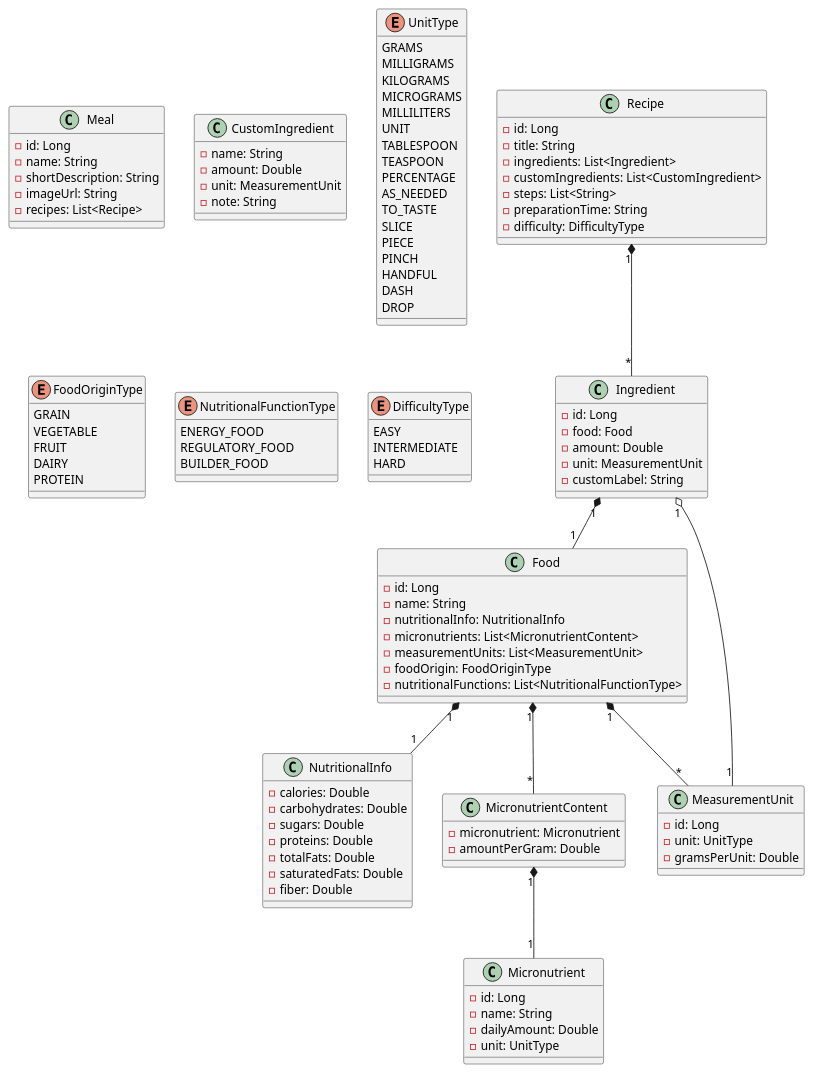
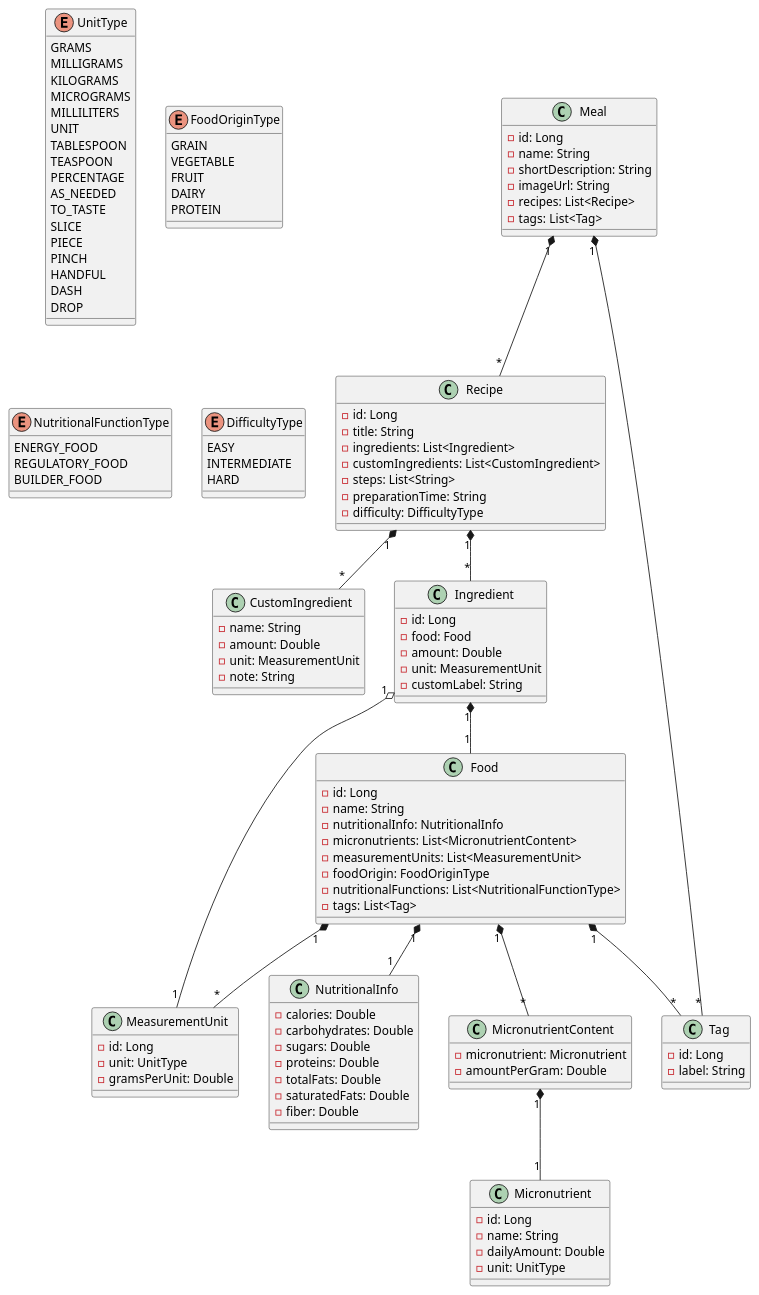
The diagram in src/main/resources/diagram.puml (RodriLang/calorie-calculator), drawn with PlantUML before and after one commit.

Commit message:
Update diagram.puml
add tags

```diff
--- a/src/main/resources/diagram.puml
+++ b/src/main/resources/diagram.puml
@@ -1,133 +1,145 @@
 @startuml
 
 class Meal {
     - id: Long
     - name: String
     - shortDescription: String
     - imageUrl: String
     - recipes: List<Recipe>
+    - tags: List<Tag>
 
 }
 
 class Recipe {
     - id: Long
     - title: String
     - ingredients: List<Ingredient>
     - customIngredients: List<CustomIngredient>
     - steps: List<String>
     - preparationTime: String
     - difficulty: DifficultyType
 }
 
 
 class Ingredient {
     - id: Long
     - food: Food
     - amount: Double
     - unit: MeasurementUnit
     - customLabel: String
 }
 
 
 class CustomIngredient {
     - name: String
     - amount: Double
     - unit: MeasurementUnit
     - note: String
 }
 
 
 class Food {
     - id: Long
     - name: String
     - nutritionalInfo: NutritionalInfo
     - micronutrients: List<MicronutrientContent>
     - measurementUnits: List<MeasurementUnit>
     - foodOrigin: FoodOriginType
     - nutritionalFunctions: List<NutritionalFunctionType>
+    - tags: List<Tag>
 }
 
 
 class NutritionalInfo {
     - calories: Double
     - carbohydrates: Double
     - sugars: Double
     - proteins: Double
     - totalFats: Double
     - saturatedFats: Double
     - fiber: Double
 }
 
 class MicronutrientContent {
     - micronutrient: Micronutrient
     - amountPerGram: Double
 }
 
 class Micronutrient {
     - id: Long
     - name: String
     - dailyAmount: Double
     - unit: UnitType
 }
 
 class MeasurementUnit {
     - id: Long
     - unit: UnitType
     - gramsPerUnit: Double
 }
 
+class Tag {
+    - id: Long
+    - label: String
+}
+
 
 Ingredient "1" *-- "1" Food
 Ingredient "1" o-- "1" MeasurementUnit
 
 Recipe "1" *-- "*" Ingredient
+Recipe "1" *-- "*" CustomIngredient
+
+Meal "1" *-- "*" Recipe
+Meal "1" *-- "*" Tag
 
 Food "1" *-- "1" NutritionalInfo
 Food "1" *-- "*" MeasurementUnit
 Food "1" *-- "*" MicronutrientContent
+Food "1" *-- "*" Tag
 
 MicronutrientContent "1" *-- "1" Micronutrient
 
 
 
 enum UnitType {
     GRAMS
     MILLIGRAMS
     KILOGRAMS
     MICROGRAMS
     MILLILITERS
     UNIT
     TABLESPOON
     TEASPOON
     PERCENTAGE
     AS_NEEDED
     TO_TASTE
     SLICE
     PIECE
     PINCH
     HANDFUL
     DASH
     DROP
 }
 
 enum FoodOriginType {
     GRAIN
     VEGETABLE
     FRUIT
     DAIRY
     PROTEIN
 }
 
 enum NutritionalFunctionType {
     ENERGY_FOOD
     REGULATORY_FOOD
     BUILDER_FOOD
 }
 
 enum DifficultyType {
     EASY
     INTERMEDIATE
     HARD
 }
 
 @enduml
```
